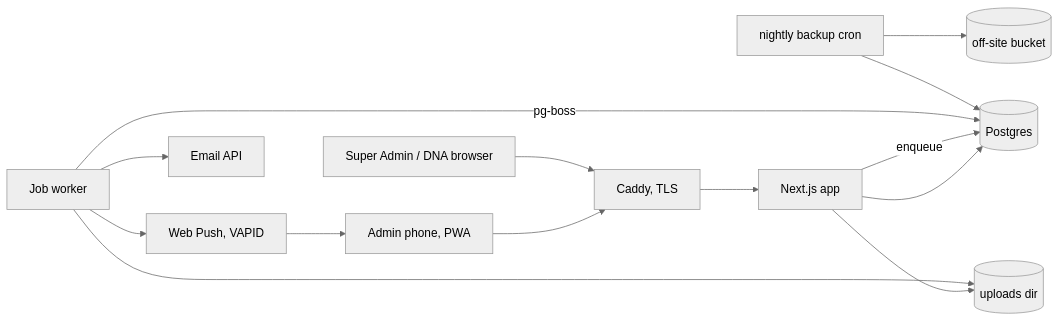
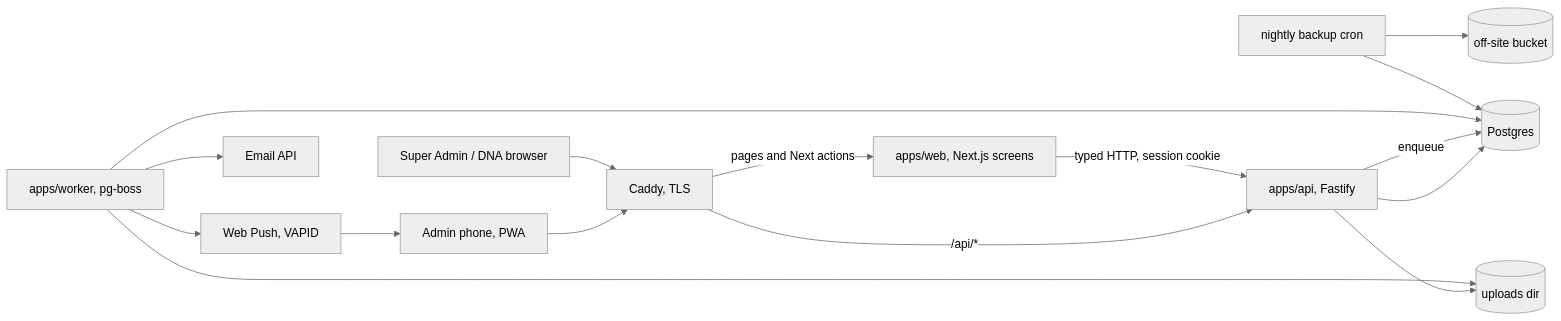
Before and after one commit to iranjaya/anar: the first of 4 diagrams in docs/developer-design.md, drawn with Mermaid (neutral theme). The commit also changed other lines of this file and 1 other file, not shown here.

Commit message:
docs: move the backend into a monorepo api and add the S0 spec

````diff
--- a/docs/developer-design.md
+++ b/docs/developer-design.md
@@ -75,16 +77,18 @@
 ```mermaid
 flowchart LR
   Phone[Admin phone, PWA] --> Caddy
   Desk[Super Admin / DNA browser] --> Caddy
-  Caddy[Caddy, TLS] --> Web[Next.js app]
-  Web --> PG[(Postgres)]
-  Web --> Files[(uploads dir)]
-  Web -->|enqueue| PG
-  Worker[Job worker] -->|pg-boss| PG
+  Caddy[Caddy, TLS] -->|pages and Next actions| Web[apps/web, Next.js screens]
+  Caddy -->|/api/*| API[apps/api, Fastify]
+  Web -->|typed HTTP, session cookie| API
+  API --> PG[(Postgres)]
+  API --> Files[(uploads dir)]
+  API -->|enqueue| PG
+  Worker[apps/worker, pg-boss] --> PG
   Worker --> Files
   Worker --> Push[Web Push, VAPID]
   Worker --> Email[Email API]
   Push --> Phone
   Backup[nightly backup cron] --> PG
   Backup --> Offsite[(off-site bucket)]
 ```
````
